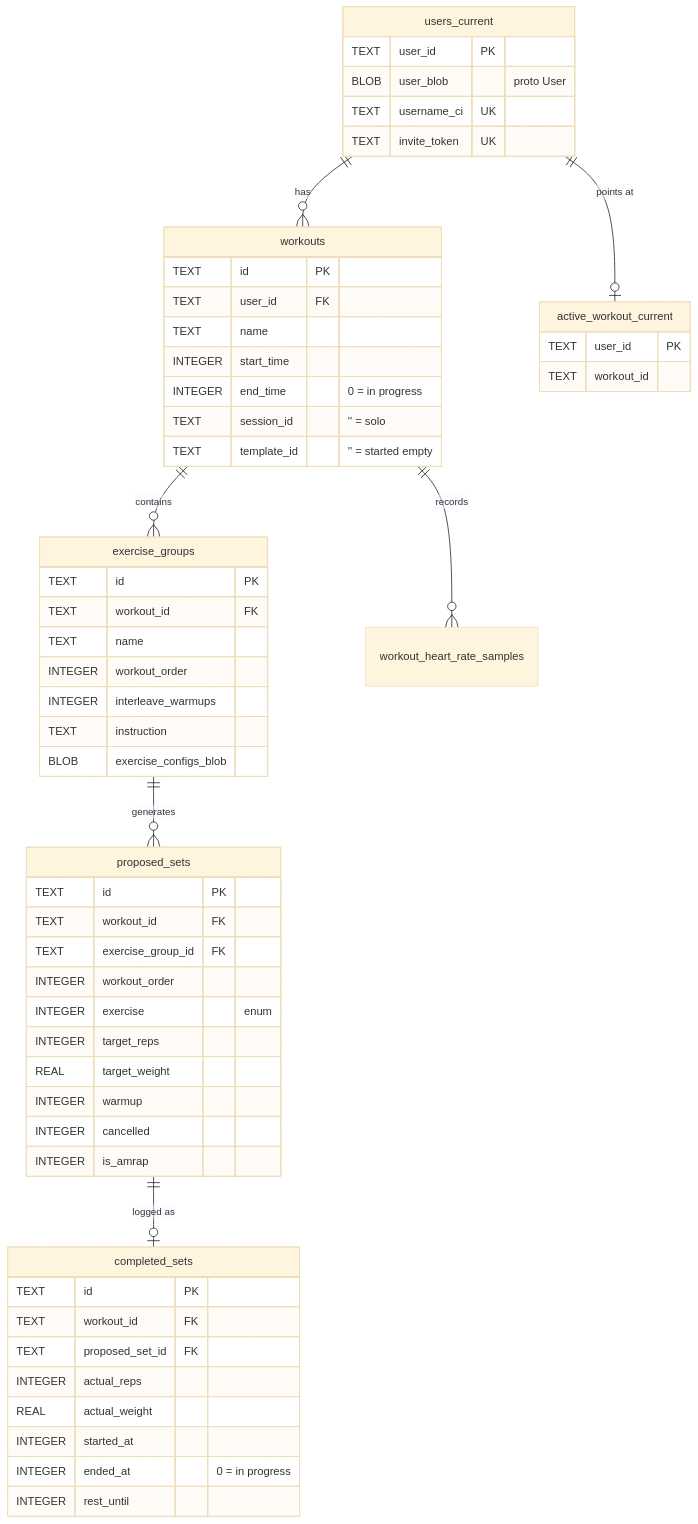
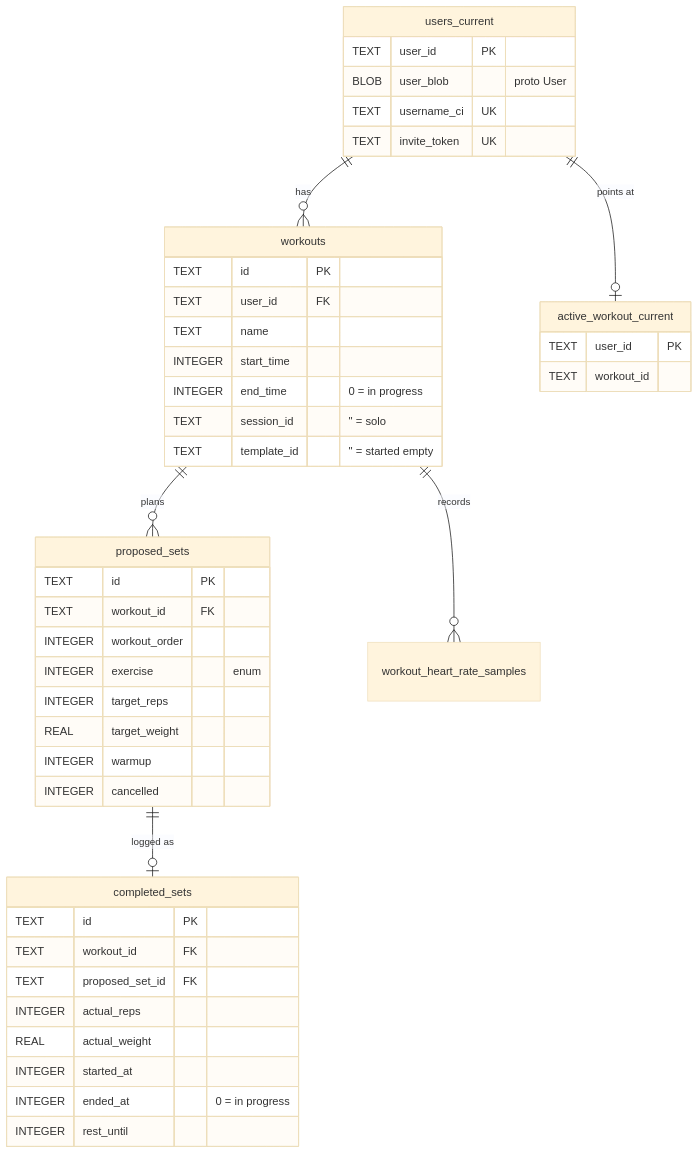
Before and after one commit to brensch/lift: the first of 4 diagrams in docs/architecture/data-model.md, drawn with Mermaid (base theme). The commit also changed 52 other files, not shown here.

````diff
--- a/docs/architecture/data-model.md
+++ b/docs/architecture/data-model.md
@@ -20,60 +20,48 @@
 ```mermaid
 erDiagram
     users_current ||--o{ workouts : "has"
-    workouts ||--o{ exercise_groups : "contains"
-    exercise_groups ||--o{ proposed_sets : "generates"
+    workouts ||--o{ proposed_sets : "plans"
     proposed_sets ||--o| completed_sets : "logged as"
     workouts ||--o{ workout_heart_rate_samples : "records"
     users_current ||--o| active_workout_current : "points at"
 
     users_current {
         TEXT user_id PK
         BLOB user_blob "proto User"
         TEXT username_ci UK
         TEXT invite_token UK
     }
     workouts {
         TEXT id PK
         TEXT user_id FK
         TEXT name
         INTEGER start_time
         INTEGER end_time "0 = in progress"
         TEXT session_id "'' = solo"
         TEXT template_id "'' = started empty"
     }
-    exercise_groups {
-        TEXT id PK
-        TEXT workout_id FK
-        TEXT name
-        INTEGER workout_order
-        INTEGER interleave_warmups
-        TEXT instruction
-        BLOB exercise_configs_blob
-    }
     proposed_sets {
         TEXT id PK
         TEXT workout_id FK
-        TEXT exercise_group_id FK
         INTEGER workout_order
         INTEGER exercise "enum"
         INTEGER target_reps
         REAL target_weight
         INTEGER warmup
         INTEGER cancelled
-        INTEGER is_amrap
     }
     completed_sets {
         TEXT id PK
         TEXT workout_id FK
         TEXT proposed_set_id FK
         INTEGER actual_reps
         REAL actual_weight
         INTEGER started_at
         INTEGER ended_at "0 = in progress"
         INTEGER rest_until
     }
     active_workout_current {
         TEXT user_id PK
         TEXT workout_id
     }
 ```
````
